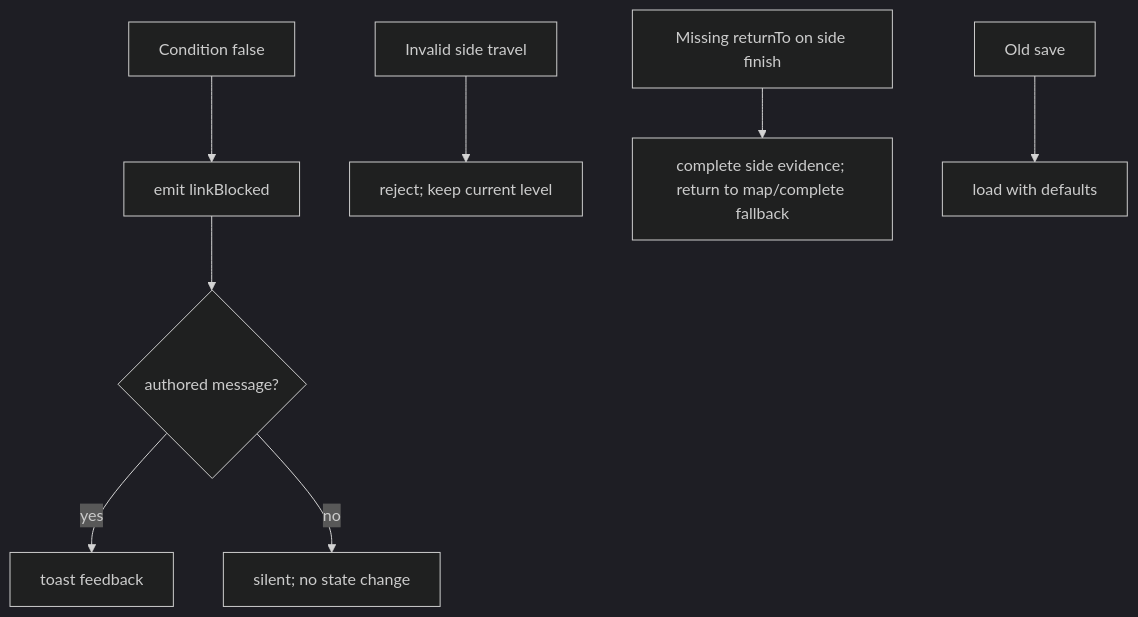
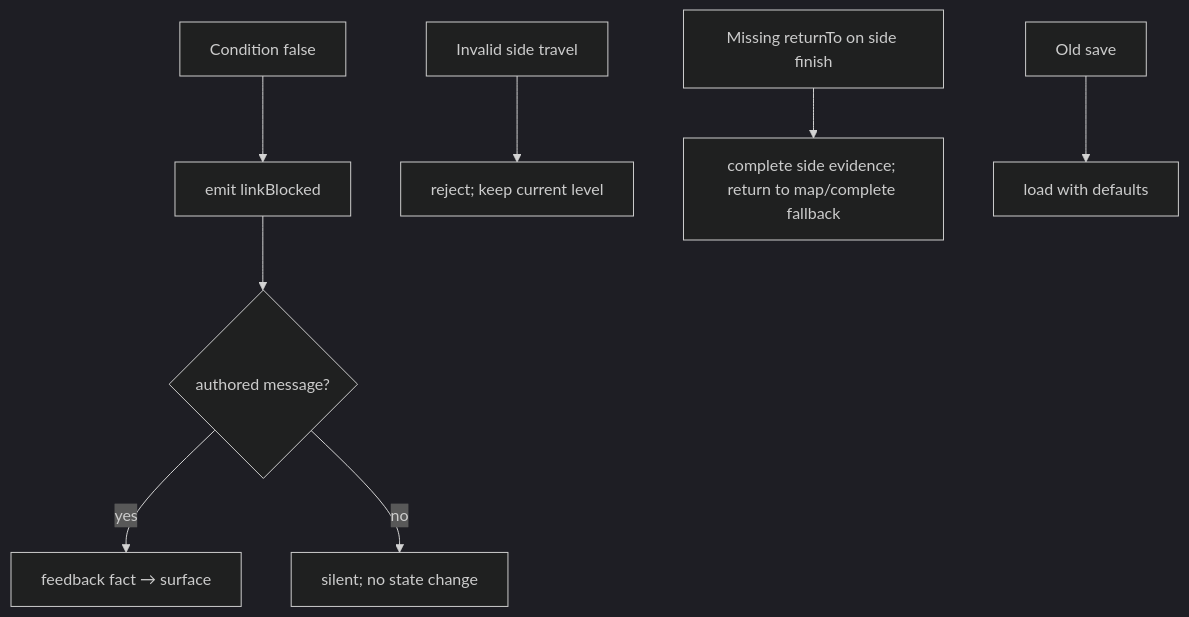
One commit to Snorre98/shrinkonauts changed the seventh of 9 diagrams in docs/puzzle-engine/architecture.md. Above: the diagram before and after it, drawn with Mermaid (dark theme). The commit also changed other lines of this file and 26 other files, not shown here.

````diff
--- a/docs/puzzle-engine/architecture.md
+++ b/docs/puzzle-engine/architecture.md
@@ -277,10 +279,10 @@
 ```mermaid
 flowchart TD
     A[Condition false] --> B[emit linkBlocked]
     B --> C{authored message?}
-    C -->|yes| D[toast feedback]
+    C -->|yes| D[feedback fact → surface]
     C -->|no| E[silent; no state change]
     F[Invalid side travel] --> G[reject; keep current level]
     H[Missing returnTo on side finish] --> I[complete side evidence; return to map/complete fallback]
     J[Old save] --> K[load with defaults]
 ```
````
